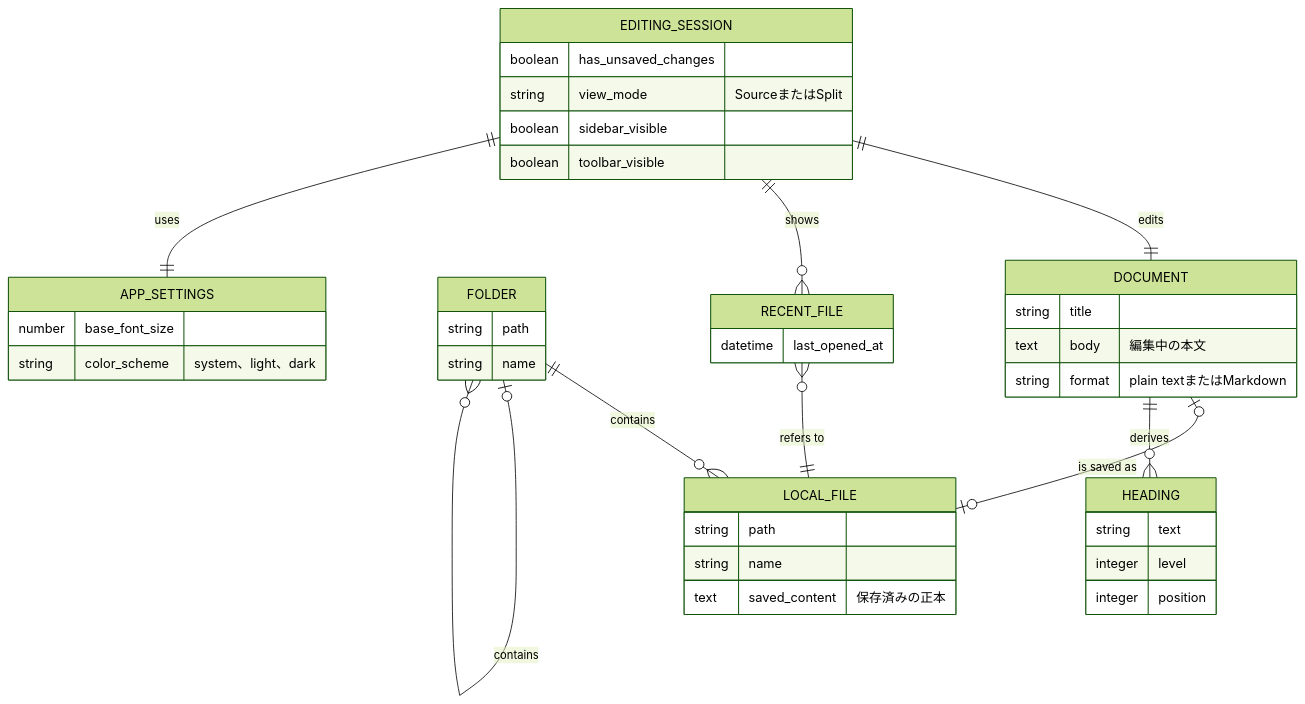
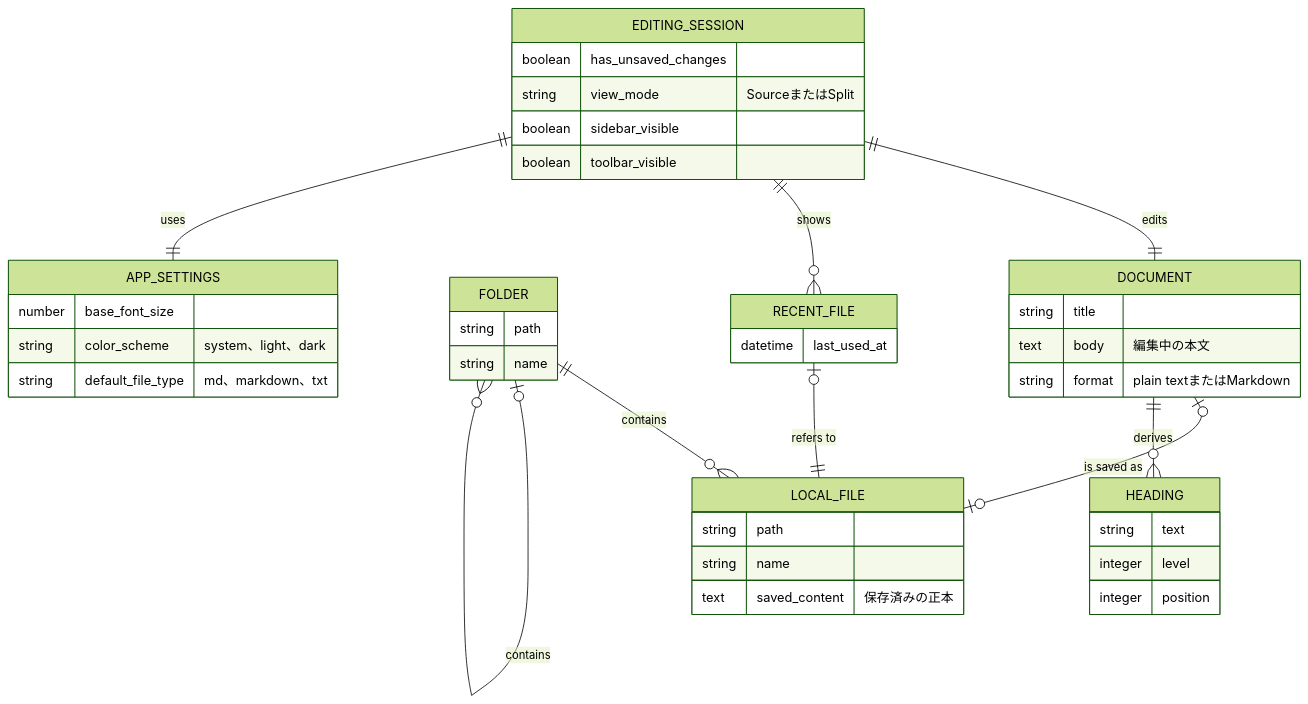
Before and after one commit to kk6/lettera: the diagram in docs/conceptual-data-model.md, drawn with Mermaid (forest theme). The commit also changed other lines of this file and 7 other files, not shown here.

````diff
--- a/docs/conceptual-data-model.md
+++ b/docs/conceptual-data-model.md
@@ -11,50 +11,51 @@
 ```mermaid
 erDiagram
     EDITING_SESSION ||--|| DOCUMENT : "edits"
     DOCUMENT o|--o| LOCAL_FILE : "is saved as"
     DOCUMENT ||--o{ HEADING : "derives"
     FOLDER ||--o{ LOCAL_FILE : "contains"
     FOLDER o|--o{ FOLDER : "contains"
     EDITING_SESSION ||--o{ RECENT_FILE : "shows"
-    RECENT_FILE }o--|| LOCAL_FILE : "refers to"
+    RECENT_FILE o|--|| LOCAL_FILE : "refers to"
     EDITING_SESSION ||--|| APP_SETTINGS : "uses"
 
     EDITING_SESSION {
         boolean has_unsaved_changes
         string view_mode "SourceまたはSplit"
         boolean sidebar_visible
         boolean toolbar_visible
     }
 
     DOCUMENT {
         string title
         text body "編集中の本文"
         string format "plain textまたはMarkdown"
     }
 
     LOCAL_FILE {
         string path
         string name
         text saved_content "保存済みの正本"
     }
 
     FOLDER {
         string path
         string name
     }
 
     HEADING {
         string text
         integer level
         integer position
     }
 
     RECENT_FILE {
-        datetime last_opened_at
+        datetime last_used_at
     }
 
     APP_SETTINGS {
         number base_font_size
         string color_scheme "system、light、dark"
+        string default_file_type "md、markdown、txt"
     }
 ```
````
